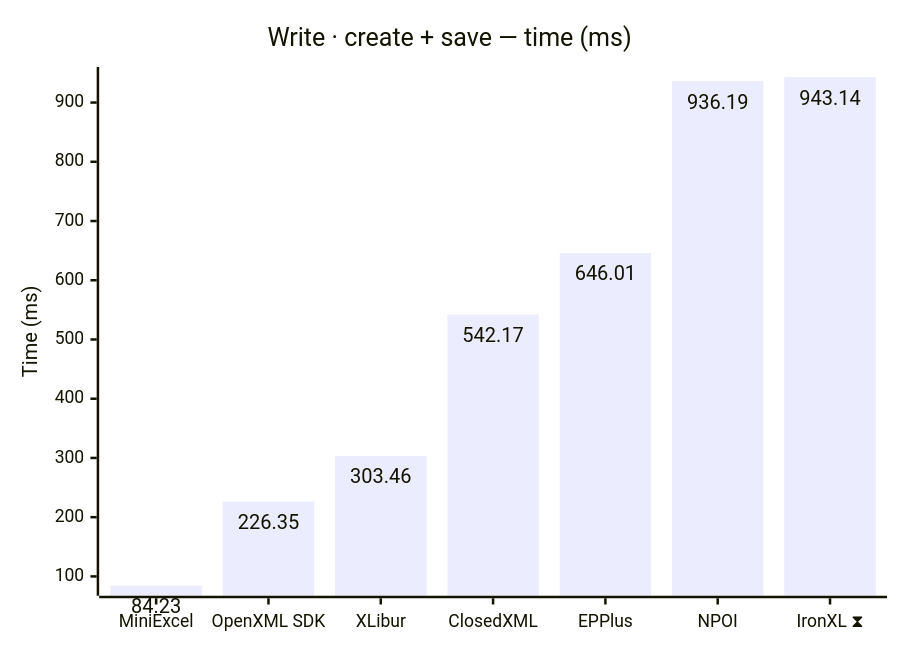
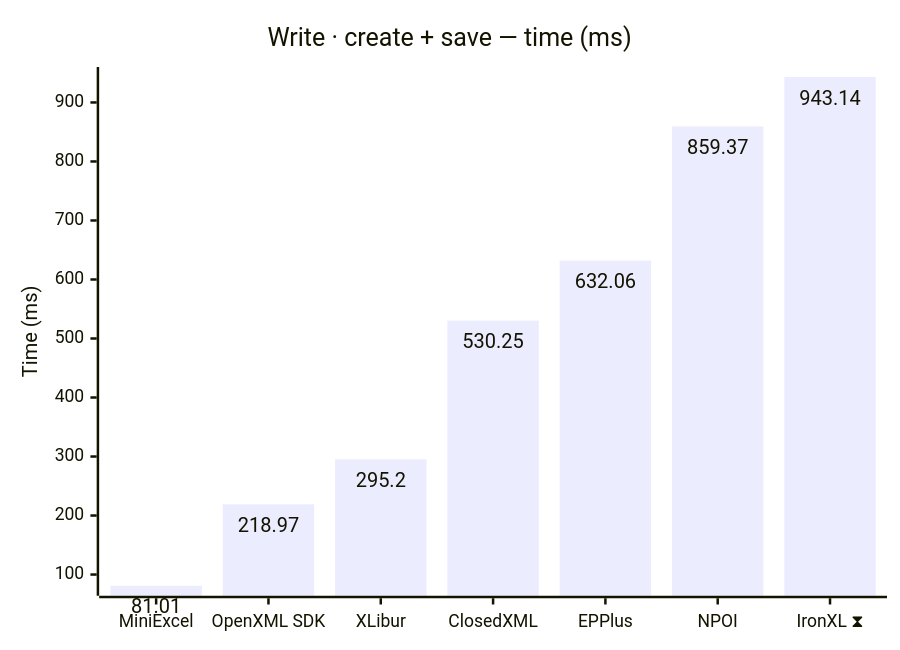
One commit to jafin/XLBench changed the fifth of 12 diagrams in docs/results-ci.md. Above: the diagram before and after it, drawn with Mermaid. The commit also changed other lines of this file, not shown here.

````diff
--- a/docs/results-ci.md
+++ b/docs/results-ci.md
@@ -93,12 +93,12 @@
 ```mermaid
 ---
 config:
   xyChart:
     showDataLabel: true
 ---
 xychart-beta
     title "Write · create + save — time (ms)"
     x-axis ["MiniExcel", "OpenXML SDK", "XLibur", "ClosedXML", "EPPlus", "NPOI", "IronXL ⧗"]
     y-axis "Time (ms)"
-    bar [84.23, 226.35, 303.46, 542.17, 646.01, 936.19, 943.14]
+    bar [81.01, 218.97, 295.2, 530.25, 632.06, 859.37, 943.14]
 ```
````
